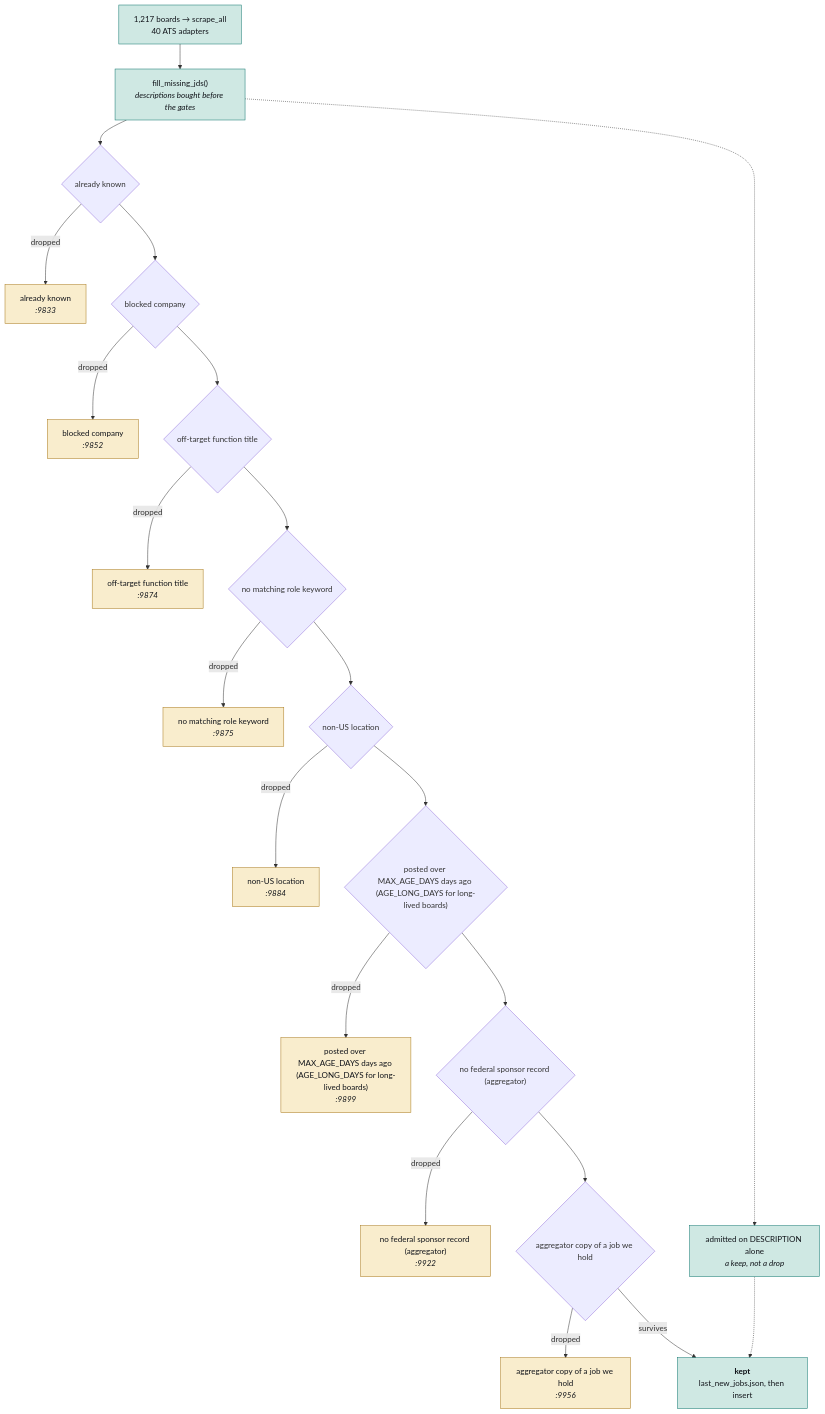
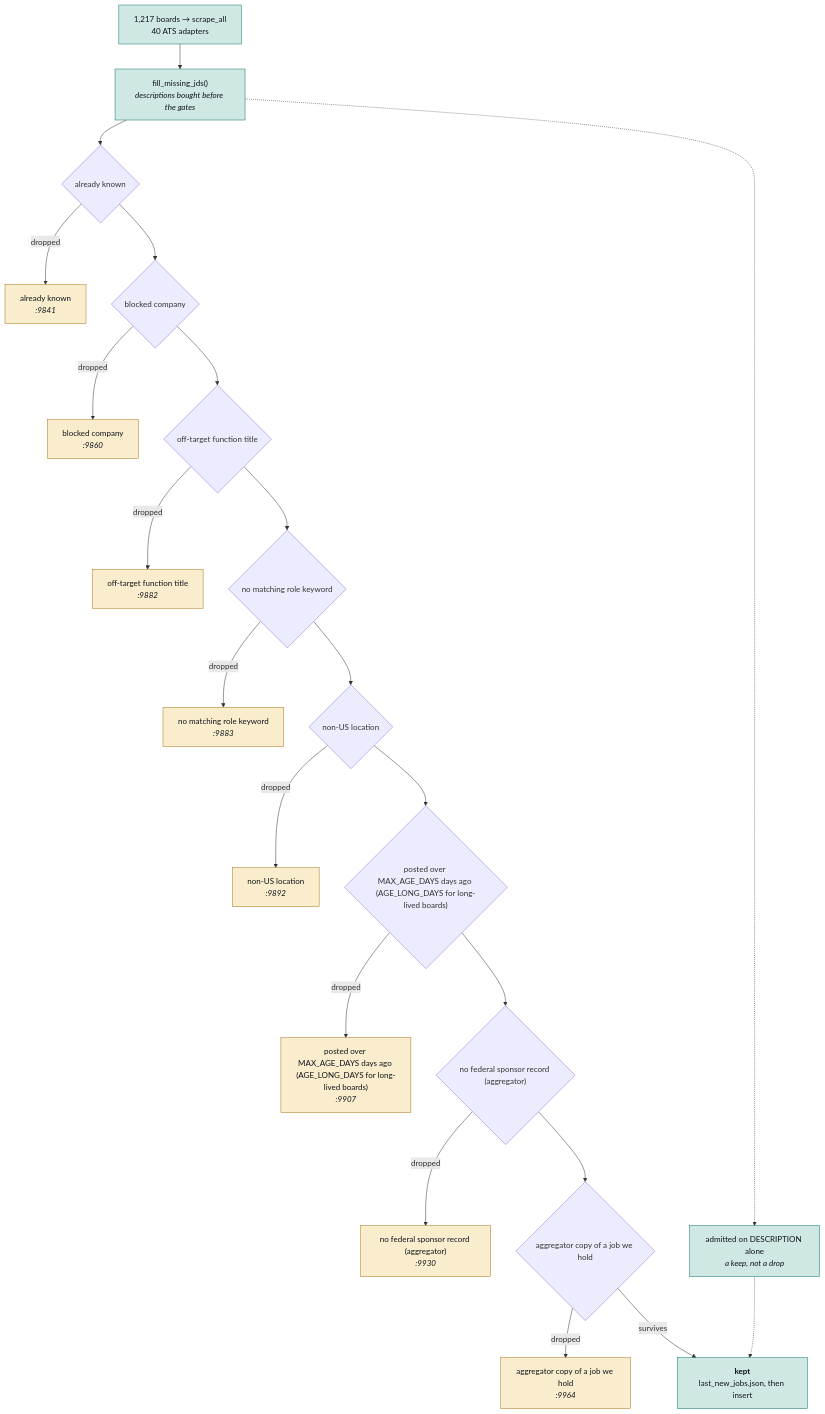
One commit to hadakunal909-debug/job-search-tool changed the second of 4 diagrams in JobMatch Scraper/docs/ARCHITECTURE.md. Above: the diagram before and after it, drawn with Mermaid. The commit also changed other lines of this file and 16 other files, not shown here.

````diff
--- a/JobMatch Scraper/docs/ARCHITECTURE.md
+++ b/JobMatch Scraper/docs/ARCHITECTURE.md
@@ -106,54 +106,54 @@
 ```mermaid
 flowchart TB
   SRC["1,217 boards → scrape_all<br/>40 ATS adapters"]
   JD["fill_missing_jds()<br/><i>descriptions bought before the gates</i>"]
   SRC --> JD
   G0{"already known"}
-  D0["already known<br/><i>:9833</i>"]
+  D0["already known<br/><i>:9841</i>"]
   JD --> G0
   G0 -->|dropped| D0
   class D0 trap
   G1{"blocked company"}
-  D1["blocked company<br/><i>:9852</i>"]
+  D1["blocked company<br/><i>:9860</i>"]
   G0 --> G1
   G1 -->|dropped| D1
   class D1 trap
   G2{"off-target function title"}
-  D2["off-target function title<br/><i>:9874</i>"]
+  D2["off-target function title<br/><i>:9882</i>"]
   G1 --> G2
   G2 -->|dropped| D2
   class D2 trap
   G3{"no matching role keyword"}
-  D3["no matching role keyword<br/><i>:9875</i>"]
+  D3["no matching role keyword<br/><i>:9883</i>"]
   G2 --> G3
   G3 -->|dropped| D3
   class D3 trap
   G4{"non-US location"}
-  D4["non-US location<br/><i>:9884</i>"]
+  D4["non-US location<br/><i>:9892</i>"]
   G3 --> G4
   G4 -->|dropped| D4
   class D4 trap
   G5{"posted over MAX_AGE_DAYS days ago (AGE_LONG_DAYS for long-lived boards)"}
-  D5["posted over MAX_AGE_DAYS days ago (AGE_LONG_DAYS for long-lived boards)<br/><i>:9899</i>"]
+  D5["posted over MAX_AGE_DAYS days ago (AGE_LONG_DAYS for long-lived boards)<br/><i>:9907</i>"]
   G4 --> G5
   G5 -->|dropped| D5
   class D5 trap
   G6{"no federal sponsor record (aggregator)"}
-  D6["no federal sponsor record (aggregator)<br/><i>:9922</i>"]
+  D6["no federal sponsor record (aggregator)<br/><i>:9930</i>"]
   G5 --> G6
   G6 -->|dropped| D6
   class D6 trap
   G7{"aggregator copy of a job we hold"}
-  D7["aggregator copy of a job we hold<br/><i>:9956</i>"]
+  D7["aggregator copy of a job we hold<br/><i>:9964</i>"]
   G6 --> G7
   G7 -->|dropped| D7
   class D7 trap
   KEEP["<b>kept</b><br/>last_new_jobs.json, then insert"]
   G7 -->|survives| KEEP
   RESCUE["admitted on DESCRIPTION alone<br/><i>a keep, not a drop</i>"]
   JD -.-> RESCUE
   RESCUE -.-> KEEP
   classDef trap fill:#f9edcd,stroke:#a8781a,color:#101319
   classDef sched fill:#cfe8e3,stroke:#0f766e,color:#101319
   class SRC,JD,KEEP,RESCUE sched
 ```
````
